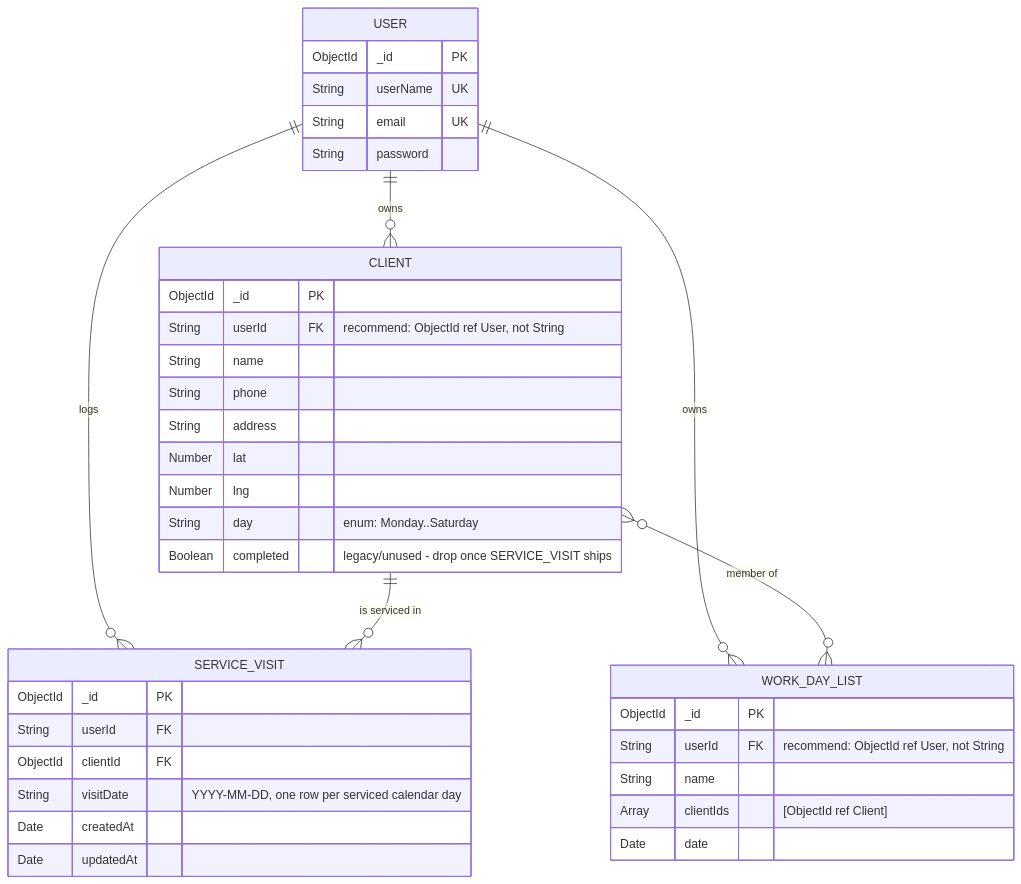
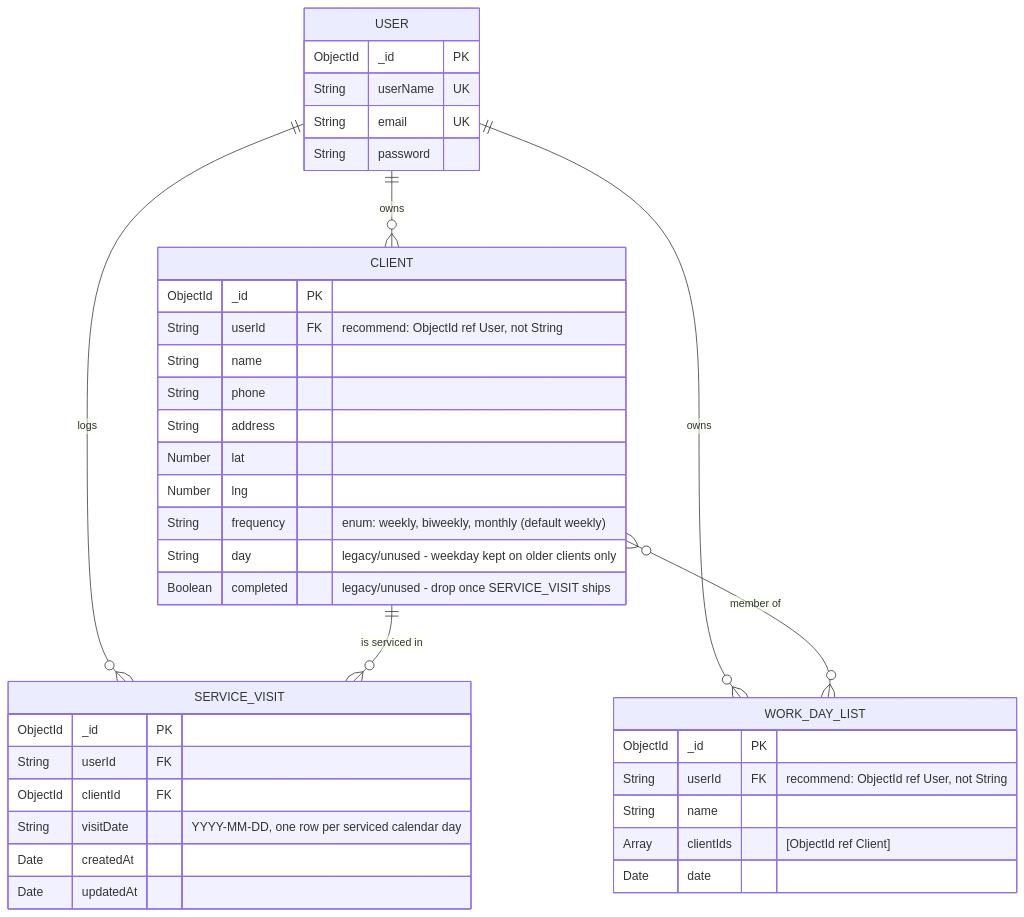
One commit to yepezjuan/casas-v2 changed the diagram in docs/db-schema.mmd. Above: the diagram before and after it, drawn with Mermaid. The commit also changed 11 other files, not shown here.

```diff
--- a/docs/db-schema.mmd
+++ b/docs/db-schema.mmd
@@ -1,43 +1,44 @@
 
 erDiagram
     USER ||--o{ CLIENT : owns
     USER ||--o{ WORK_DAY_LIST : owns
     USER ||--o{ SERVICE_VISIT : logs
     CLIENT ||--o{ SERVICE_VISIT : "is serviced in"
     CLIENT }o--o{ WORK_DAY_LIST : "member of"
 
     USER {
         ObjectId _id PK
         String userName UK
         String email UK
         String password
     }
 
     CLIENT {
         ObjectId _id PK
         String userId FK "recommend: ObjectId ref User, not String"
         String name
         String phone
         String address
         Number lat
         Number lng
-        String day "enum: Monday..Saturday"
+        String frequency "enum: weekly, biweekly, monthly (default weekly)"
+        String day "legacy/unused - weekday kept on older clients only"
         Boolean completed "legacy/unused - drop once SERVICE_VISIT ships"
     }
 
     WORK_DAY_LIST {
         ObjectId _id PK
         String userId FK "recommend: ObjectId ref User, not String"
         String name
         Array clientIds "[ObjectId ref Client]"
         Date date
     }
 
     SERVICE_VISIT {
         ObjectId _id PK
         String userId FK
         ObjectId clientId FK
         String visitDate "YYYY-MM-DD, one row per serviced calendar day"
         Date createdAt
         Date updatedAt
     }
```
